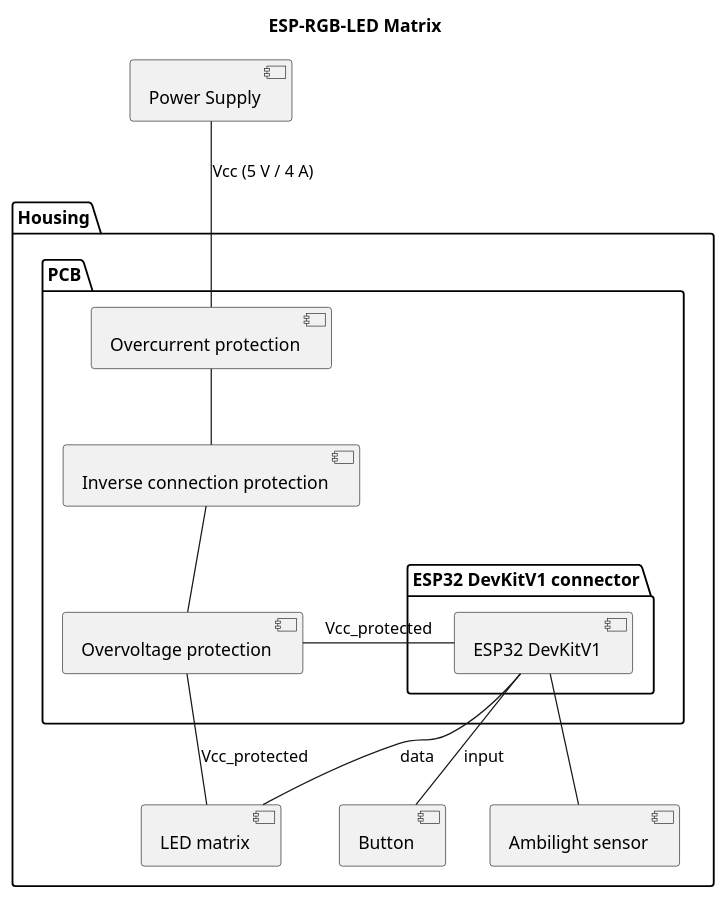
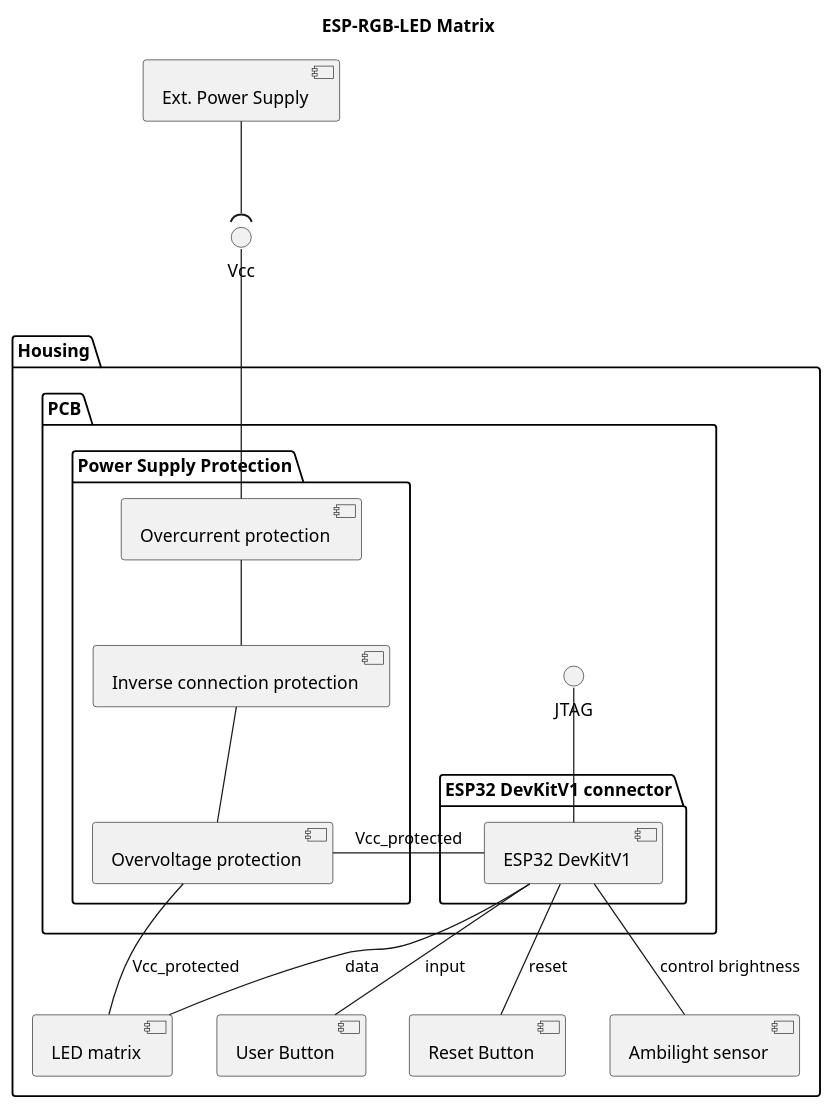
Before and after one commit to BlueAndi/Pixelix: the diagram in doc/design/system.plantuml, drawn with PlantUML. The commit also changed 4 other files, not shown here.

```diff
--- a/doc/design/system.plantuml
+++ b/doc/design/system.plantuml
@@ -1,35 +1,49 @@
 @startuml
 
 title ESP-RGB-LED Matrix
 
-component "Power Supply" as powerSupply
+component "Ext. Power Supply" as extPowerSupply
+
+interface "Vcc" as iVcc
 
 package "Housing" {
 
     package "PCB" as pcb {
-        component "Overcurrent protection" as ocp
-        component "Inverse connection protection" as icp
-        component "Overvoltage protection" as ovp
+
+        package "Power Supply Protection" {
+
+            component "Overcurrent protection" as ocp
+            component "Inverse connection protection" as icp
+            component "Overvoltage protection" as ovp
+        }
         
         package "ESP32 DevKitV1 connector" {
         
-            component "ESP32 DevKitV1" as esp32s
+            component "ESP32 DevKitV1" as esp32
         }
+
+        interface "JTAG" as iJtag
+
+        esp32 -u- iJtag
     }
     
     component "LED matrix" as ledMatrix
-    component "Button" as button
+    component "User Button" as userButton
+    component "Reset Button" as resetButton
     component "Ambilight sensor" as ambilightSensor
+    
 }
 
-powerSupply -- ocp: Vcc (5 V / 4 A)
+extPowerSupply --( iVcc
+iVcc -- ocp
 ocp -- icp
 icp -- ovp
-ovp -r- esp32s: Vcc_protected
+ovp -r- esp32: Vcc_protected
 ovp -- ledMatrix: Vcc_protected
 
-esp32s -- ledMatrix: data
-esp32s -- button: input
-esp32s -- ambilightSensor
+esp32 -- ledMatrix: data
+esp32 -- userButton: input
+esp32 -- resetButton: reset
+esp32 -- ambilightSensor: control brightness
 
 @enduml
```
